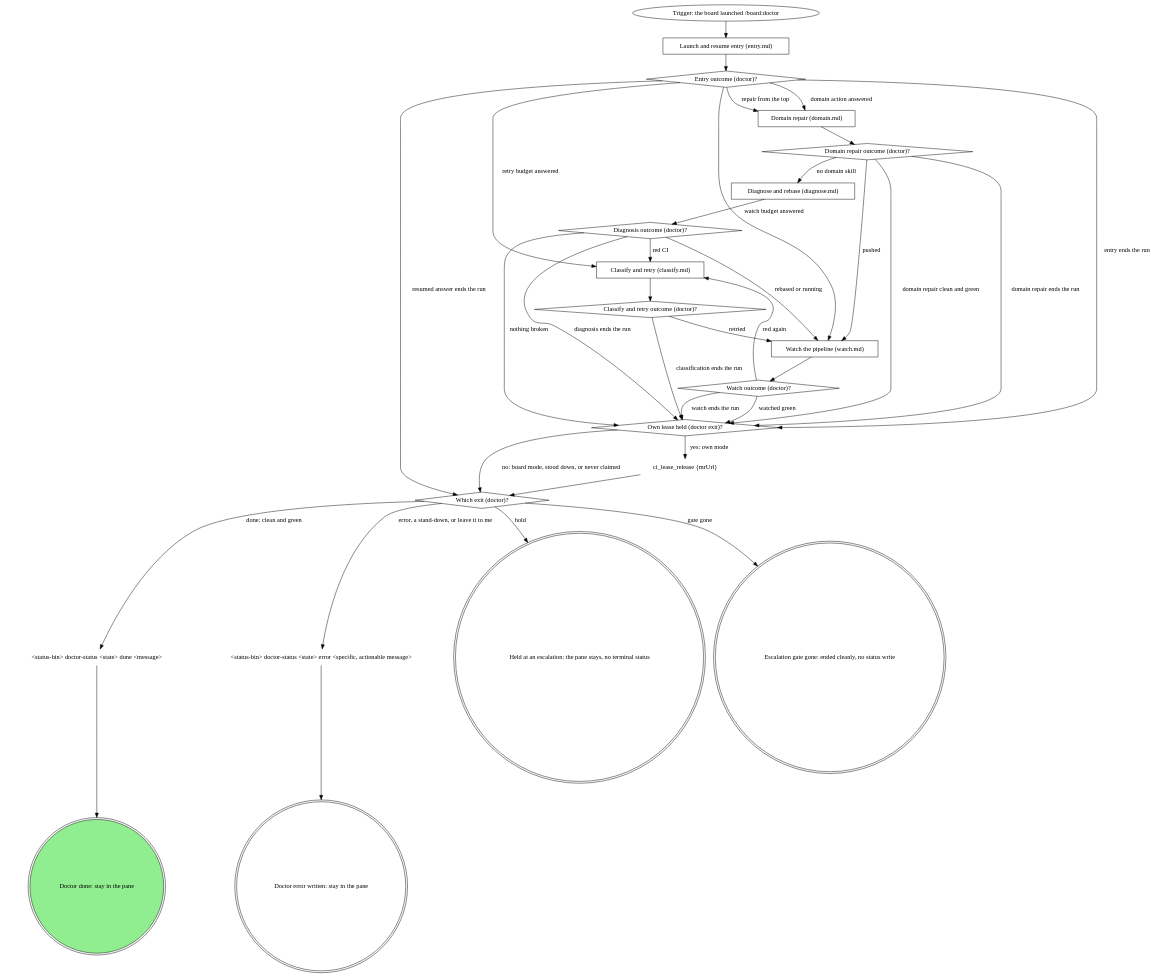
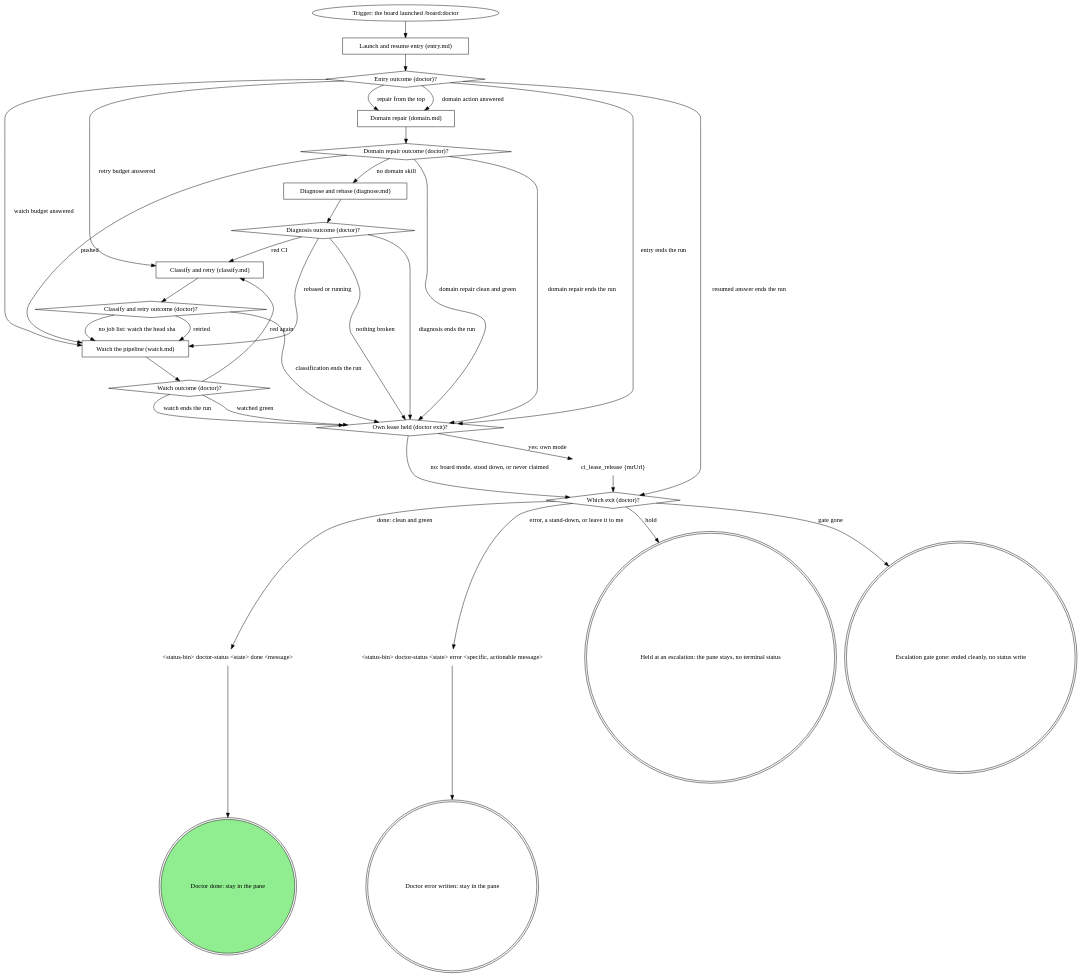
The first of 2 diagrams in apps/board/skills/doctor/SKILL.md (m4ttstack/mattstack), drawn with Graphviz before and after one commit. The commit also changed other lines of this file and 5 other files, not shown here.

Commit message:
board:doctor: gate-protocol cite, push STOP redirect, pipeline edges

````diff
--- a/apps/board/skills/doctor/SKILL.md
+++ b/apps/board/skills/doctor/SKILL.md
@@ -62,61 +62,62 @@
 ```dot
 digraph doctor_flow {
     rankdir=TB;
 
     "Trigger: the board launched /board:doctor" [shape=ellipse];
     "Launch and resume entry (entry.md)" [shape=box];
     "Entry outcome (doctor)?" [shape=diamond];
     "Domain repair (domain.md)" [shape=box];
     "Domain repair outcome (doctor)?" [shape=diamond];
     "Diagnose and rebase (diagnose.md)" [shape=box];
     "Diagnosis outcome (doctor)?" [shape=diamond];
     "Classify and retry (classify.md)" [shape=box];
     "Classify and retry outcome (doctor)?" [shape=diamond];
     "Watch the pipeline (watch.md)" [shape=box];
     "Watch outcome (doctor)?" [shape=diamond];
     "Own lease held (doctor exit)?" [shape=diamond];
     "ci_lease_release {mrUrl}" [shape=plaintext];
     "Which exit (doctor)?" [shape=diamond];
     "<status-bin> doctor-status <state> done <message>" [shape=plaintext];
     "<status-bin> doctor-status <state> error <specific, actionable message>" [shape=plaintext];
     "Doctor error written: stay in the pane" [shape=doublecircle];
     "Held at an escalation: the pane stays, no terminal status" [shape=doublecircle];
     "Escalation gate gone: ended cleanly, no status write" [shape=doublecircle];
     "Doctor done: stay in the pane" [shape=doublecircle style=filled fillcolor=lightgreen];
 
     "Trigger: the board launched /board:doctor" -> "Launch and resume entry (entry.md)";
     "Launch and resume entry (entry.md)" -> "Entry outcome (doctor)?";
     "Entry outcome (doctor)?" -> "Domain repair (domain.md)" [label="repair from the top"];
     "Entry outcome (doctor)?" -> "Domain repair (domain.md)" [label="domain action answered"];
     "Entry outcome (doctor)?" -> "Classify and retry (classify.md)" [label="retry budget answered"];
     "Entry outcome (doctor)?" -> "Watch the pipeline (watch.md)" [label="watch budget answered"];
     "Entry outcome (doctor)?" -> "Own lease held (doctor exit)?" [label="entry ends the run"];
     "Entry outcome (doctor)?" -> "Which exit (doctor)?" [label="resumed answer ends the run"];
     "Domain repair (domain.md)" -> "Domain repair outcome (doctor)?";
     "Domain repair outcome (doctor)?" -> "Diagnose and rebase (diagnose.md)" [label="no domain skill"];
     "Domain repair outcome (doctor)?" -> "Watch the pipeline (watch.md)" [label="pushed"];
     "Domain repair outcome (doctor)?" -> "Own lease held (doctor exit)?" [label="domain repair clean and green"];
     "Domain repair outcome (doctor)?" -> "Own lease held (doctor exit)?" [label="domain repair ends the run"];
     "Diagnose and rebase (diagnose.md)" -> "Diagnosis outcome (doctor)?";
     "Diagnosis outcome (doctor)?" -> "Classify and retry (classify.md)" [label="red CI"];
     "Diagnosis outcome (doctor)?" -> "Watch the pipeline (watch.md)" [label="rebased or running"];
     "Diagnosis outcome (doctor)?" -> "Own lease held (doctor exit)?" [label="nothing broken"];
     "Diagnosis outcome (doctor)?" -> "Own lease held (doctor exit)?" [label="diagnosis ends the run"];
     "Classify and retry (classify.md)" -> "Classify and retry outcome (doctor)?";
     "Classify and retry outcome (doctor)?" -> "Watch the pipeline (watch.md)" [label="retried"];
+    "Classify and retry outcome (doctor)?" -> "Watch the pipeline (watch.md)" [label="no job list: watch the head sha"];
     "Classify and retry outcome (doctor)?" -> "Own lease held (doctor exit)?" [label="classification ends the run"];
     "Watch the pipeline (watch.md)" -> "Watch outcome (doctor)?";
     "Watch outcome (doctor)?" -> "Classify and retry (classify.md)" [label="red again"];
     "Watch outcome (doctor)?" -> "Own lease held (doctor exit)?" [label="watched green"];
     "Watch outcome (doctor)?" -> "Own lease held (doctor exit)?" [label="watch ends the run"];
     "Own lease held (doctor exit)?" -> "ci_lease_release {mrUrl}" [label="yes: own mode"];
     "Own lease held (doctor exit)?" -> "Which exit (doctor)?" [label="no: board mode, stood down, or never claimed"];
     "ci_lease_release {mrUrl}" -> "Which exit (doctor)?";
     "Which exit (doctor)?" -> "<status-bin> doctor-status <state> done <message>" [label="done: clean and green"];
     "Which exit (doctor)?" -> "<status-bin> doctor-status <state> error <specific, actionable message>" [label="error, a stand-down, or leave it to me"];
     "Which exit (doctor)?" -> "Held at an escalation: the pane stays, no terminal status" [label="hold"];
     "Which exit (doctor)?" -> "Escalation gate gone: ended cleanly, no status write" [label="gate gone"];
     "<status-bin> doctor-status <state> done <message>" -> "Doctor done: stay in the pane";
     "<status-bin> doctor-status <state> error <specific, actionable message>" -> "Doctor error written: stay in the pane";
 }
 ```
````
